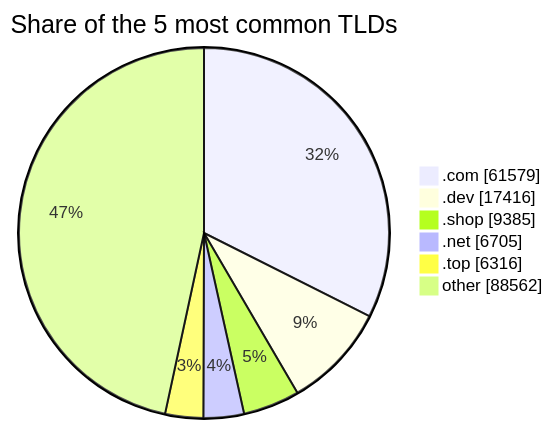
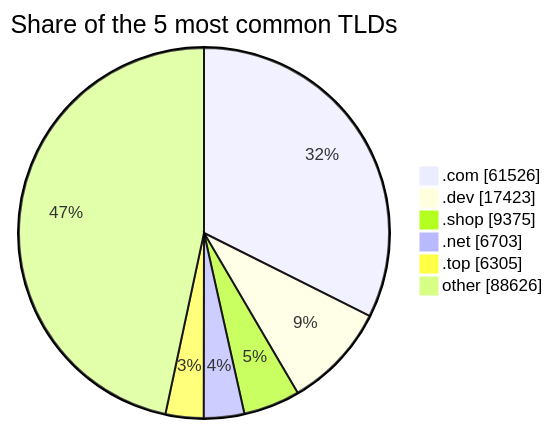
One commit to DNSBunker/CTI changed the third of 3 diagrams in README.md. Above: the diagram before and after it, drawn with Mermaid. The commit also changed other lines of this file and 3 other files, not shown here.

````diff
--- a/README.md
+++ b/README.md
@@ -81,9 +81,9 @@
 ```mermaid
 pie showData title Share of the 5 most common TLDs
-    ".com" : 61579
-    ".dev" : 17416
-    ".shop" : 9385
-    ".net" : 6705
-    ".top" : 6316
-    "other" : 88562
+    ".com" : 61526
+    ".dev" : 17423
+    ".shop" : 9375
+    ".net" : 6703
+    ".top" : 6305
+    "other" : 88626
 ```
````
